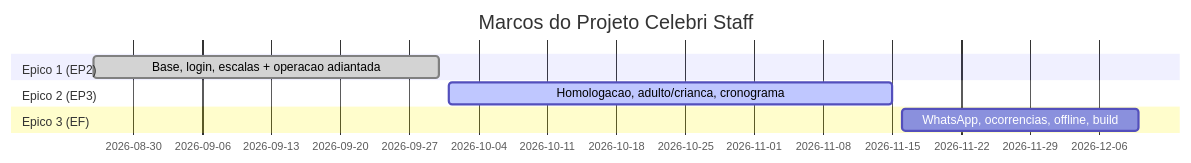
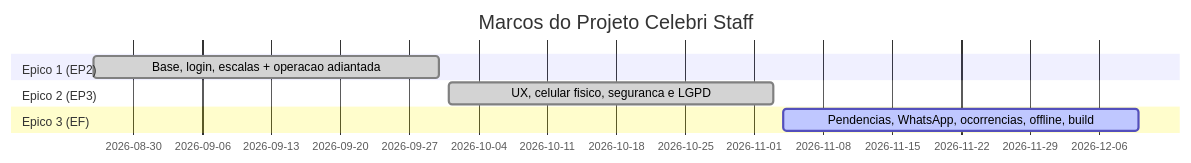
The sixth of 7 diagrams in README.md (leoantoniassi/celebri-staff), drawn with Mermaid before and after one commit. The commit also changed other lines of this file and 2 other files, not shown here.

````diff
--- a/README.md
+++ b/README.md
@@ -251,11 +455,11 @@
 ```mermaid
 gantt
     title Marcos do Projeto Celebri Staff
     dateFormat  YYYY-MM-DD
     section Epico 1 (EP2)
     Base, login, escalas + operacao adiantada :done, 2026-08-26, 2026-09-30
     section Epico 2 (EP3)
-    Homologacao, adulto/crianca, cronograma   :active, 2026-10-01, 2026-11-15
+    UX, celular fisico, seguranca e LGPD      :done, 2026-10-01, 2026-11-03
     section Epico 3 (EF)
-    WhatsApp, ocorrencias, offline, build     :2026-11-16, 2026-12-10
+    Pendencias, WhatsApp, ocorrencias, offline, build :active, 2026-11-04, 2026-12-10
 ```
````
